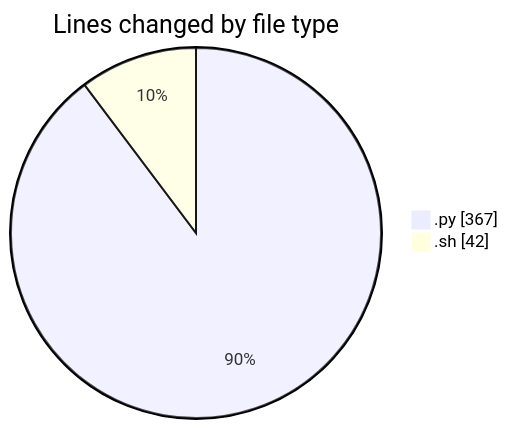
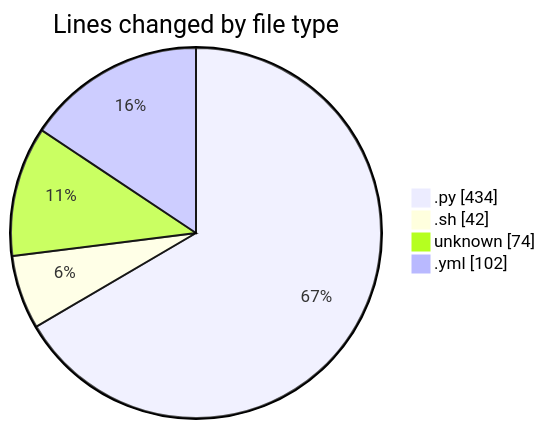
One commit to Elitesun/code-tracking changed the first of 2 diagrams in 2025-05-14/niten/README.md. Above: the diagram before and after it, drawn with Mermaid. The commit also changed other lines of this file and 1 other file, not shown here.

````diff
--- a/2025-05-14/niten/README.md
+++ b/2025-05-14/niten/README.md
@@ -24,6 +27,8 @@
 ```mermaid
 pie showData
 title Lines changed by file type
-".py" : 367
+".py" : 434
 ".sh" : 42
+"unknown" : 74
+".yml" : 102
 ```
````
